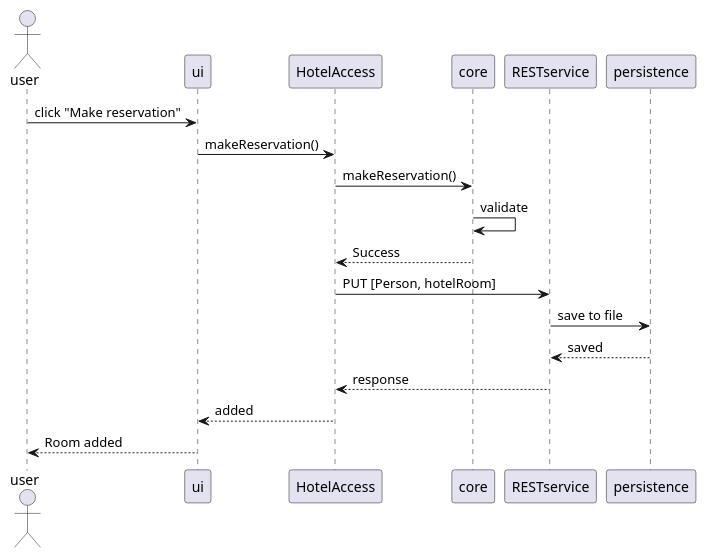
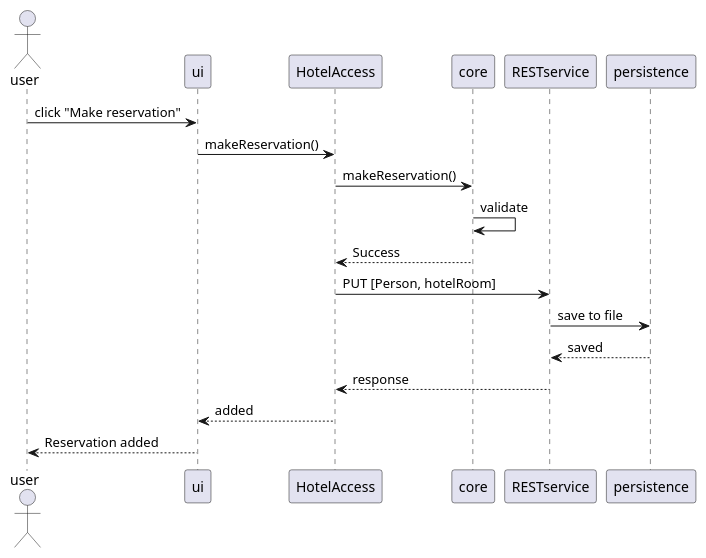
Before and after one commit to erlendps/IT1901---HotelSys: the diagram in docs/sequenceDiagrams/makeReservationRest.md, drawn with PlantUML.

Commit message:
#163 Make sequence diagram for REST display correctly

````diff
--- a/docs/sequenceDiagrams/makeReservationRest.md
+++ b/docs/sequenceDiagrams/makeReservationRest.md
@@ -1,18 +1,20 @@
+```plantuml
 @startuml
 
     actor user
 
     user -> ui: click "Make reservation"
     ui -> HotelAccess: makeReservation()
     HotelAccess -> core: makeReservation()
     core -> core: validate
     HotelAccess <-- core: Success
     HotelAccess -> RESTservice: PUT [Person, hotelRoom]
     RESTservice -> persistence: save to file
 
     RESTservice <-- persistence: saved
     HotelAccess <-- RESTservice: response
     ui <-- HotelAccess: added
-    user <-- ui: Room added
+    user <-- ui: Reservation added
 
 @enduml
+```
````
